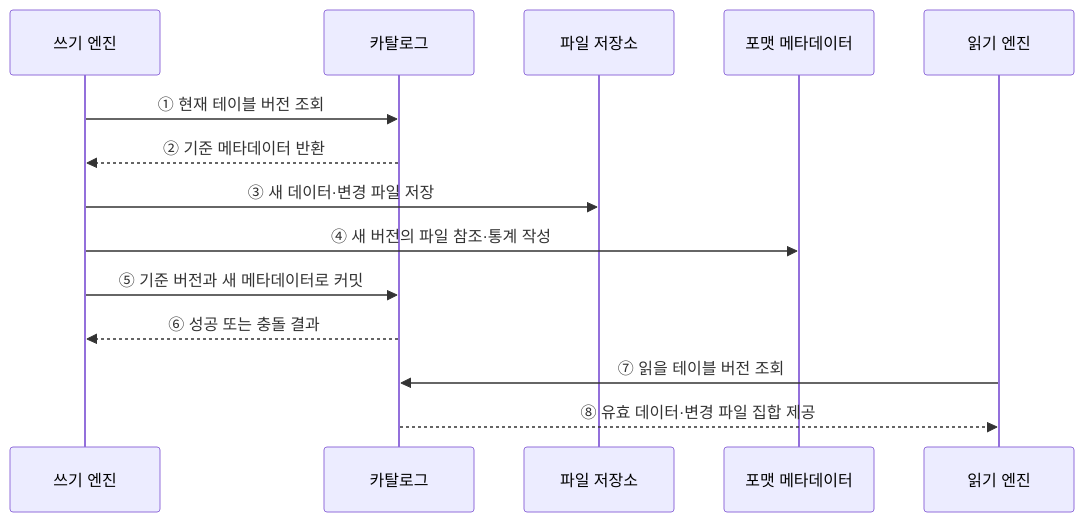
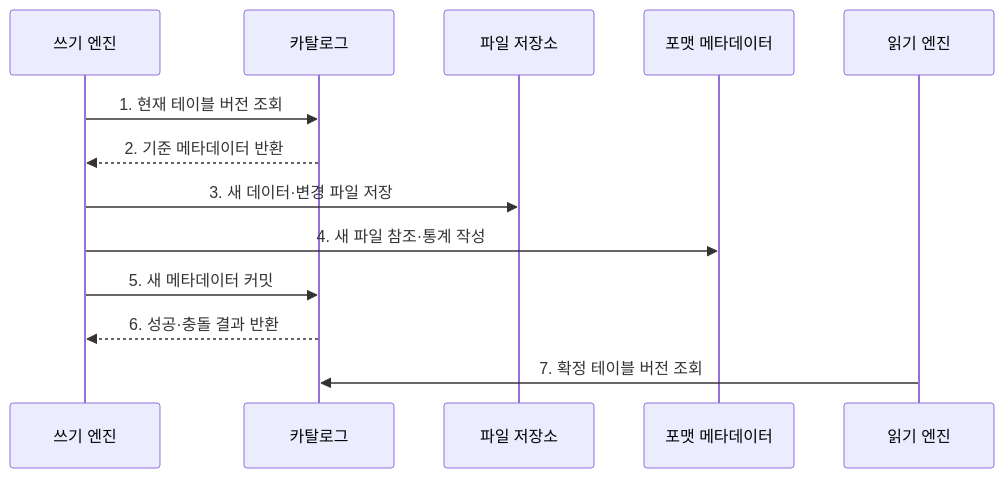
The second of 2 diagrams in src/content/docs/notes/03-software/129_open_table_format.md (agnusdei1207/knowledge-base), drawn with Mermaid before and after one commit. The commit also changed other lines of this file and 20 other files, not shown here.

````diff
--- a/src/content/docs/notes/03-software/129_open_table_format.md
+++ b/src/content/docs/notes/03-software/129_open_table_format.md
@@ -72,16 +83,15 @@
 ```mermaid
 sequenceDiagram
     participant W as 쓰기 엔진
     participant C as 카탈로그
     participant D as 파일 저장소
     participant M as 포맷 메타데이터
     participant R as 읽기 엔진
-    W->>C: ① 현재 테이블 버전 조회
-    C-->>W: ② 기준 메타데이터 반환
-    W->>D: ③ 새 데이터·변경 파일 저장
-    W->>M: ④ 새 버전의 파일 참조·통계 작성
-    W->>C: ⑤ 기준 버전과 새 메타데이터로 커밋
-    C-->>W: ⑥ 성공 또는 충돌 결과
-    R->>C: ⑦ 읽을 테이블 버전 조회
-    C-->>R: ⑧ 유효 데이터·변경 파일 집합 제공
+    W->>C: 1. 현재 테이블 버전 조회
+    C-->>W: 2. 기준 메타데이터 반환
+    W->>D: 3. 새 데이터·변경 파일 저장
+    W->>M: 4. 새 파일 참조·통계 작성
+    W->>C: 5. 새 메타데이터 커밋
+    C-->>W: 6. 성공·충돌 결과 반환
+    R->>C: 7. 확정 테이블 버전 조회
 ```
````
